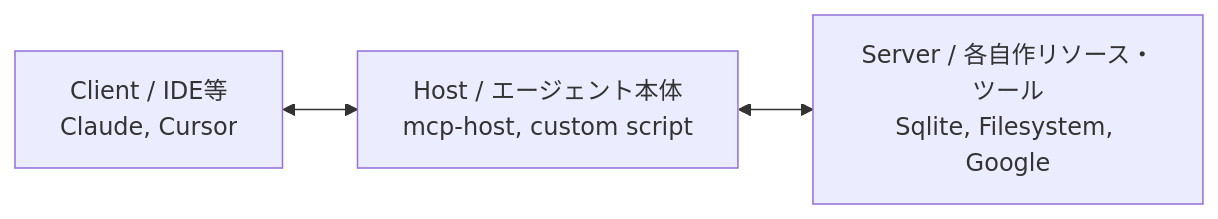
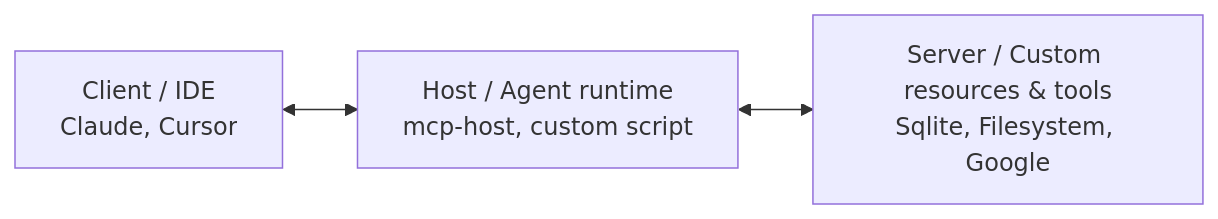
The diagram in en/curriculum/unit30_mcp_fundamentals/index.md (ydo-kimura/build-to-learn-ai), drawn with Mermaid before and after one commit. The commit also changed other lines of this file and 38 other files, not shown here.

````diff
--- a/en/curriculum/unit30_mcp_fundamentals/index.md
+++ b/en/curriculum/unit30_mcp_fundamentals/index.md
@@ -18,5 +18,5 @@
 ```mermaid
 graph LR
-    Client[Client / IDE等<br>Claude, Cursor] <--> Host[Host / エージェント本体<br>mcp-host, custom script]
-    Host <--> Server[Server / 各自作リソース・ツール<br>Sqlite, Filesystem, Google]
+    Client[Client / IDE<br>Claude, Cursor] <--> Host[Host / Agent runtime<br>mcp-host, custom script]
+    Host <--> Server[Server / Custom resources & tools<br>Sqlite, Filesystem, Google]
 ```
````
